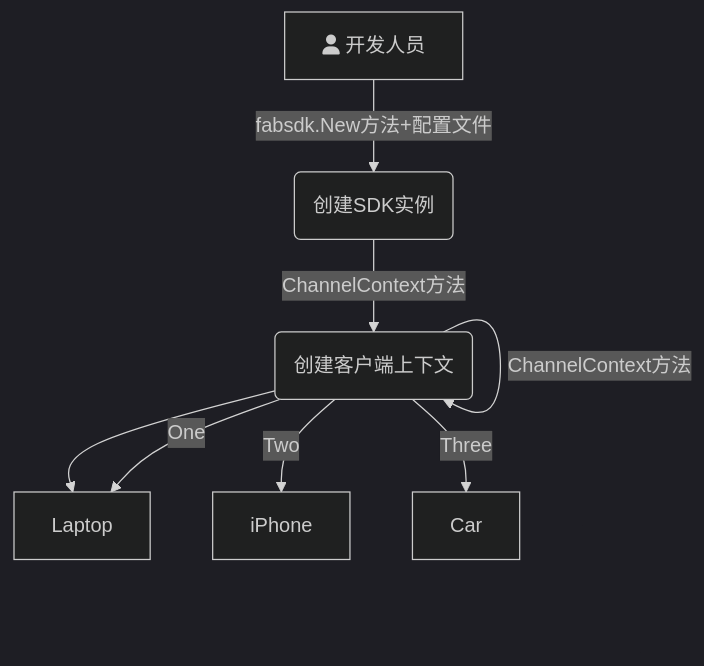
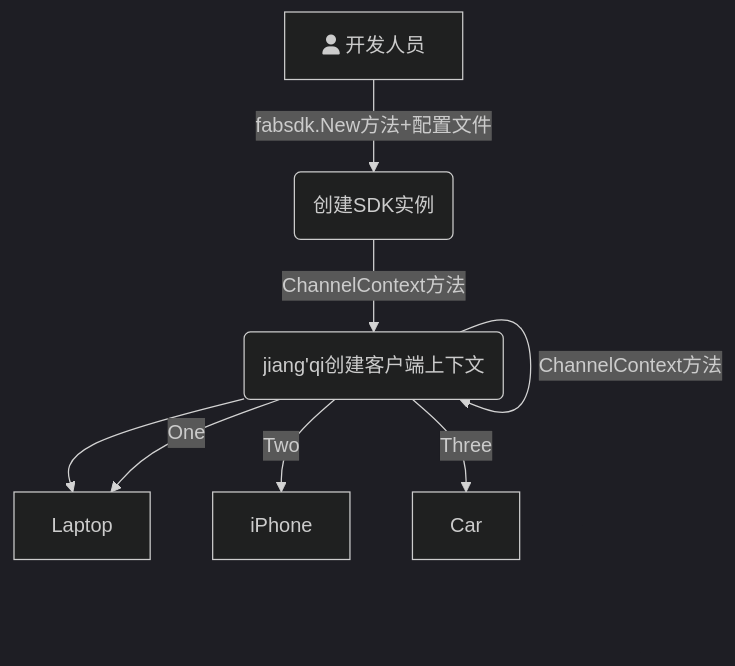
The diagram in all/未命名.md (Utekichan/iodraw-files), drawn with Mermaid (dark theme) before and after one commit.

Commit message:
2024-03-30 22:14:05 update

````diff
--- a/all/未命名.md
+++ b/all/未命名.md
@@ -1,11 +1,11 @@
 ```mermaid
 graph TD
     A[fa:fa-user 开发人员] -->|fabsdk.New方法+配置文件| B(创建SDK实例)
     B-->|ChannelContext方法| C(创建客户端上下文)
-    C-->|ChannelContext方法| C(创建客户端上下文)
+    C-->|ChannelContext方法| C(jiang'qi创建客户端上下文)
     C --> D{Select}
     C -->|One| D[Laptop]
     C -->|Two| E[iPhone]
     C -->|Three| F[Car]
   
 ```
````
